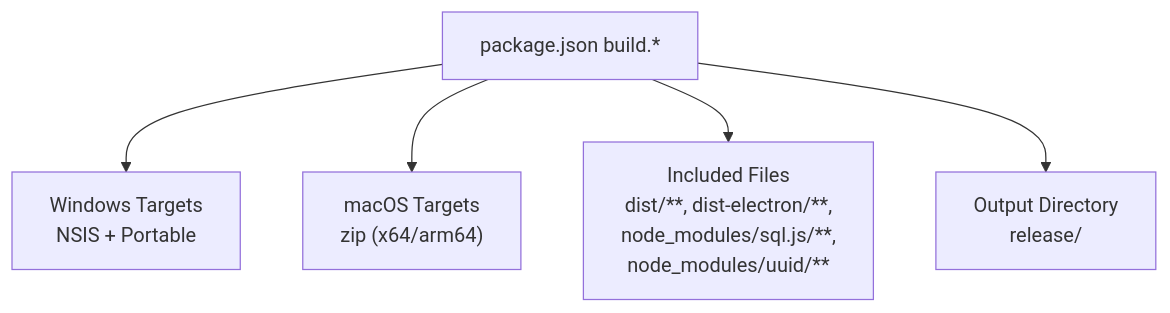
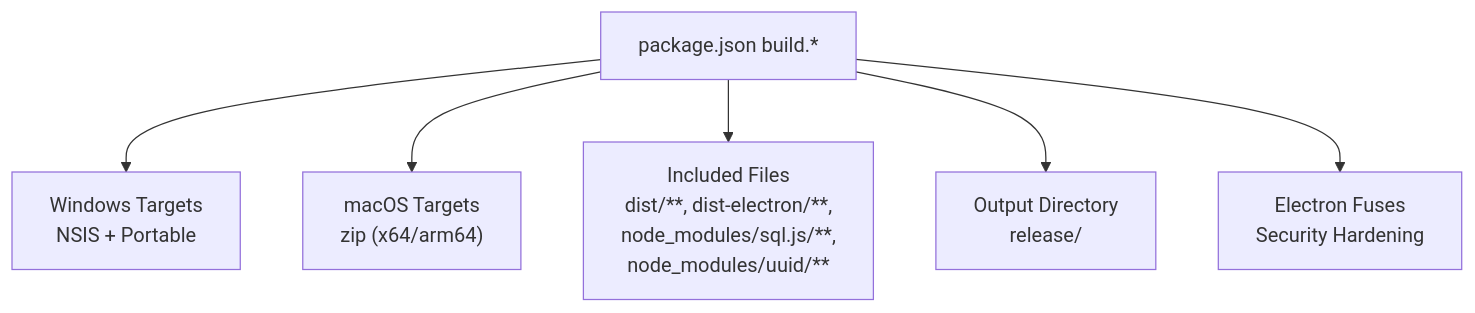
The fourth of 8 diagrams in .qoder/repowiki/en/content/Electron Integration/Packaging and Distribution.md (jimmywyk/lyricdeck), drawn with Mermaid before and after one commit. The commit also changed other lines of this file and 12 other files, not shown here.

````diff
--- a/.qoder/repowiki/en/content/Electron Integration/Packaging and Distribution.md
+++ b/.qoder/repowiki/en/content/Electron Integration/Packaging and Distribution.md
@@ -163,7 +172,8 @@
 ```mermaid
 flowchart TD
 Pkg["package.json build.*"] --> Win["Windows Targets<br/>NSIS + Portable"]
 Pkg --> Mac["macOS Targets<br/>zip (x64/arm64)"]
 Pkg --> Files["Included Files<br/>dist/**, dist-electron/**,<br/>node_modules/sql.js/**,<br/>node_modules/uuid/**"]
 Pkg --> Out["Output Directory<br/>release/"]
+Pkg --> Fuses["Electron Fuses<br/>Security Hardening"]
 ```
````
